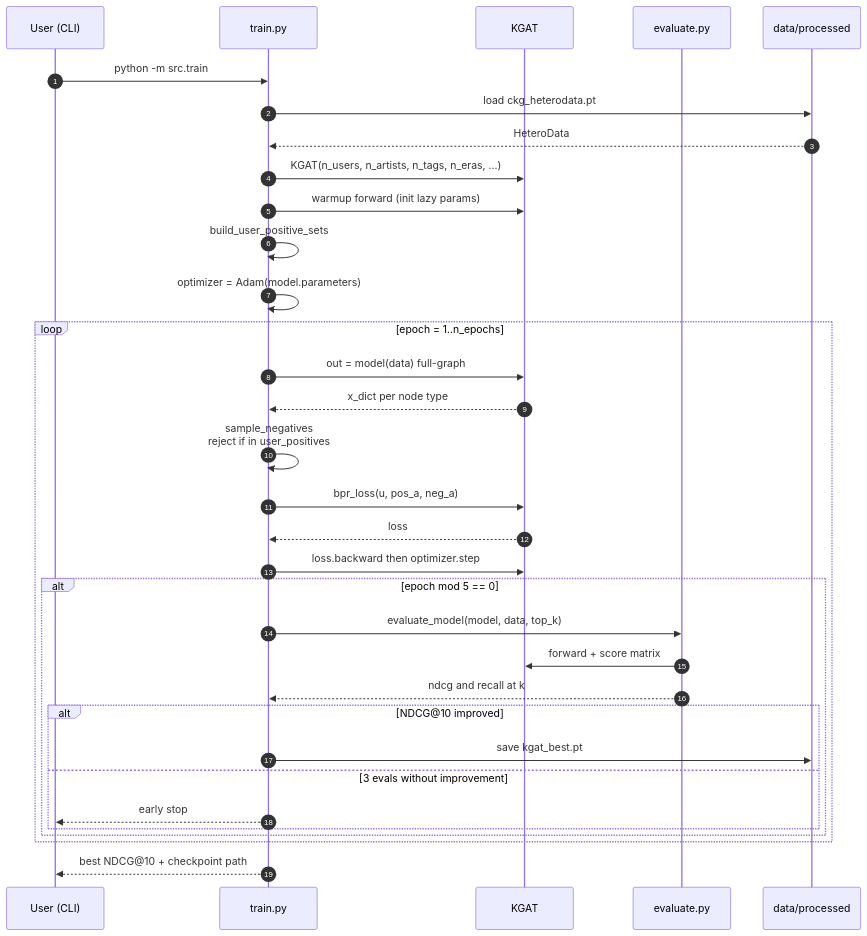
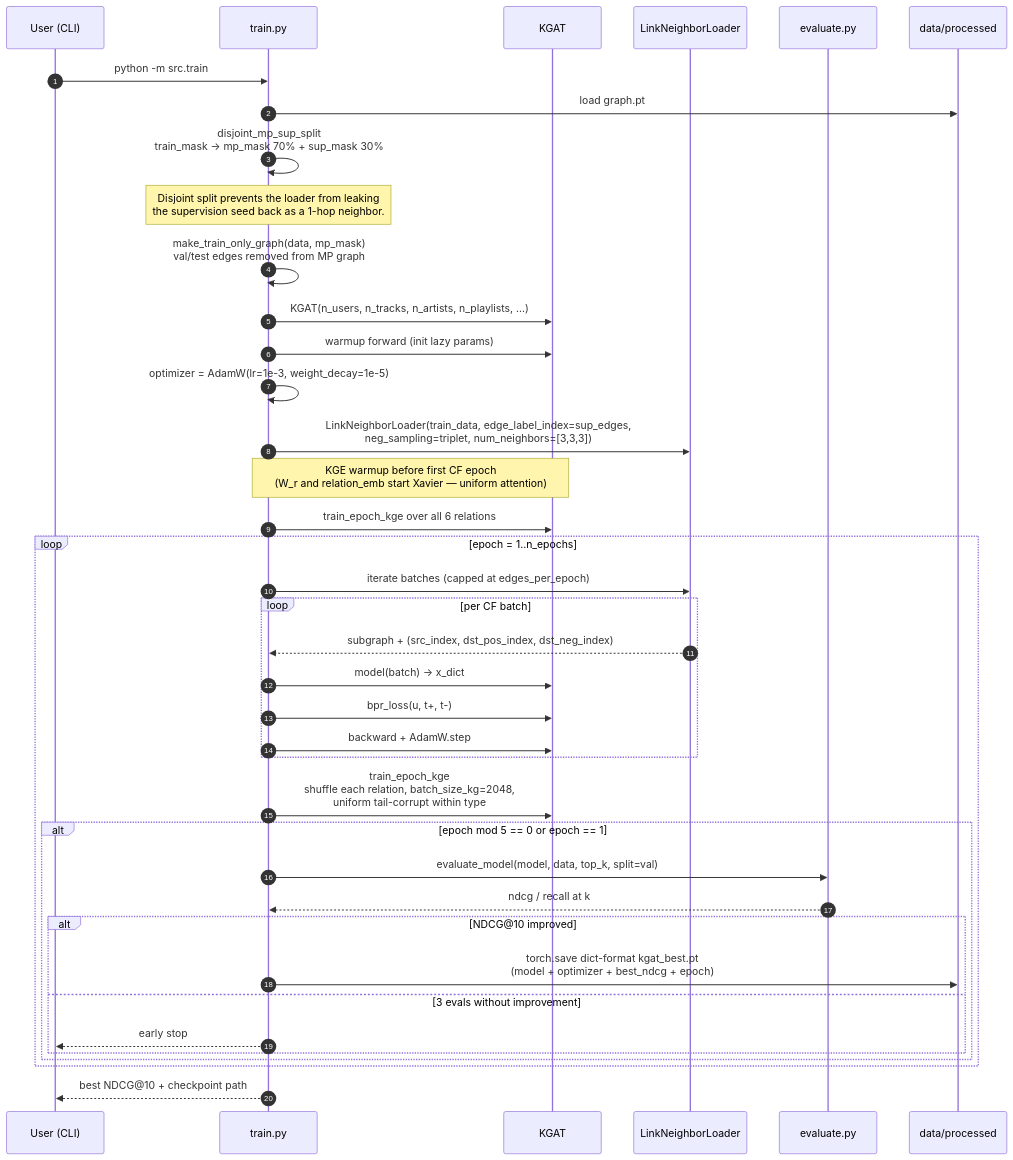
Before and after one commit to ogligorov/kgat-music-recommender: the fifth of 10 diagrams in docs/architecture.md, drawn with Mermaid. The commit also changed other lines of this file and 10 other files, not shown here.

````diff
--- a/docs/architecture.md
+++ b/docs/architecture.md
@@ -235,41 +248,46 @@
 ```mermaid
 sequenceDiagram
     autonumber
     participant U as User (CLI)
     participant T as train.py
     participant M as KGAT
+    participant L as LinkNeighborLoader
     participant E as evaluate.py
     participant FS as data/processed
 
     U->>T: python -m src.train
-    T->>FS: load ckg_heterodata.pt
-    FS-->>T: HeteroData
+    T->>FS: load graph.pt
+    T->>T: disjoint_mp_sup_split<br/>train_mask → mp_mask 70% + sup_mask 30%
+    Note over T: Disjoint split prevents the loader from leaking<br/>the supervision seed back as a 1-hop neighbor.
+    T->>T: make_train_only_graph(data, mp_mask)<br/>val/test edges removed from MP graph
 
-    T->>M: KGAT(n_users, n_artists, n_tags, n_eras, ...)
+    T->>M: KGAT(n_users, n_tracks, n_artists, n_playlists, ...)
     T->>M: warmup forward (init lazy params)
-    T->>T: build_user_positive_sets
-    T->>T: optimizer = Adam(model.parameters)
+    T->>T: optimizer = AdamW(lr=1e-3, weight_decay=1e-5)
+    T->>L: LinkNeighborLoader(train_data, edge_label_index=sup_edges,<br/>neg_sampling=triplet, num_neighbors=[3,3,3])
+
+    Note over T,M: KGE warmup before first CF epoch<br/>(W_r and relation_emb start Xavier — uniform attention)
+    T->>M: train_epoch_kge over all 6 relations
 
     loop epoch = 1..n_epochs
-        T->>M: out = model(data) full-graph
-        M-->>T: x_dict per node type
-
-        T->>T: sample_negatives<br/>reject if in user_positives
-        T->>M: bpr_loss(u, pos_a, neg_a)
-        M-->>T: loss
-        T->>M: loss.backward then optimizer.step
-
-        alt epoch mod 5 == 0
-            T->>E: evaluate_model(model, data, top_k)
-            E->>M: forward + score matrix
-            E-->>T: ndcg and recall at k
+        T->>L: iterate batches (capped at edges_per_epoch)
+        loop per CF batch
+            L-->>T: subgraph + (src_index, dst_pos_index, dst_neg_index)
+            T->>M: model(batch) → x_dict
+            T->>M: bpr_loss(u, t+, t-)
+            T->>M: backward + AdamW.step
+        end
+        T->>M: train_epoch_kge<br/>shuffle each relation, batch_size_kg=2048,<br/>uniform tail-corrupt within type
+        alt epoch mod 5 == 0 or epoch == 1
+            T->>E: evaluate_model(model, data, top_k, split=val)
+            E-->>T: ndcg / recall at k
             alt NDCG@10 improved
-                T->>FS: save kgat_best.pt
+                T->>FS: torch.save dict-format kgat_best.pt<br/>(model + optimizer + best_ndcg + epoch)
             else 3 evals without improvement
                 T-->>U: early stop
             end
         end
     end
 
     T-->>U: best NDCG@10 + checkpoint path
 ```
````
